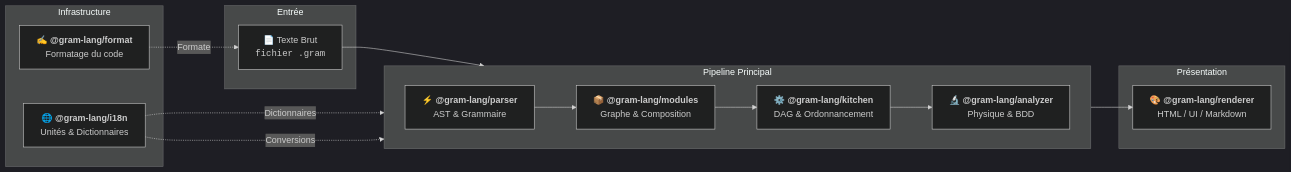
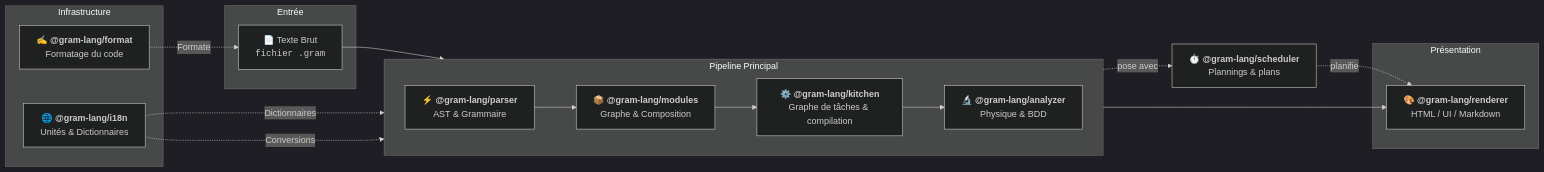
One commit to gram-lang/gram changed the diagram in packages/docs/src/content/docs/fr/docs/explanation/engine/lifecycle.mdx. Above: the diagram before and after it, drawn with Mermaid (dark theme). The commit also changed other lines of this file and 35 other files, not shown here.

Commit message:
docs: describe the task graph, the timer ranges, the days and the new options everywhere

````diff
--- a/packages/docs/src/content/docs/fr/docs/explanation/engine/lifecycle.mdx
+++ b/packages/docs/src/content/docs/fr/docs/explanation/engine/lifecycle.mdx
@@ -56,31 +62,35 @@
 ```mermaid
 flowchart LR
     subgraph Input ["Entrée"]
         Raw["📄 Texte Brut<br/><code>fichier .gram</code>"]
     end
 
     subgraph Pipeline ["Pipeline Principal"]
         direction LR
         Parser["⚡ <b>@gram-lang/parser</b><br/>AST & Grammaire"]
         Modules["📦 <b>@gram-lang/modules</b><br/>Graphe & Composition"]
-        Kitchen["⚙️ <b>@gram-lang/kitchen</b><br/>DAG & Ordonnancement"]
+        Kitchen["⚙️ <b>@gram-lang/kitchen</b><br/>Graphe de tâches & compilation"]
         Analyzer["🔬 <b>@gram-lang/analyzer</b><br/>Physique & BDD"]
 
         Parser --> Modules --> Kitchen --> Analyzer
     end
+
+    Scheduler["⏱️ <b>@gram-lang/scheduler</b><br/>Plannings & plans"]
+    Kitchen -. pose avec .-> Scheduler
 
     subgraph Output ["Présentation"]
         Renderer["🎨 <b>@gram-lang/renderer</b><br/>HTML / UI / Markdown"]
     end
 
     subgraph Infra ["Infrastructure"]
         Format["✍️ <b>@gram-lang/format</b><br/>Formatage du code"]
         I18n["🌐 <b>@gram-lang/i18n</b><br/>Unités & Dictionnaires"]
     end
 
     Raw --> Parser
     Analyzer --> Renderer
+    Scheduler -. planifie .-> Renderer
     Format -. Formate .-> Raw
     I18n -. Dictionnaires .-> Kitchen
     I18n -. Conversions .-> Analyzer
 ```
````
